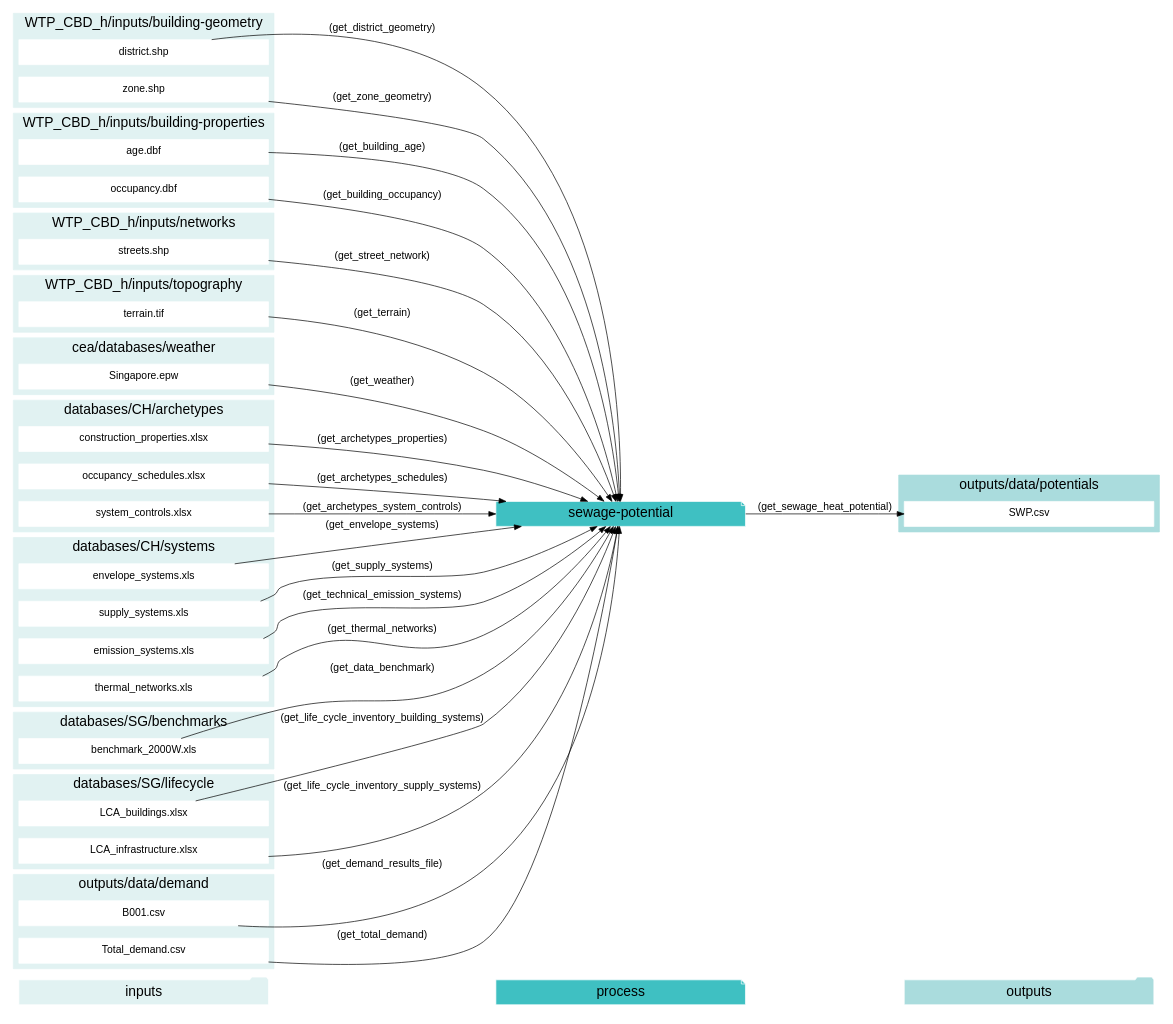
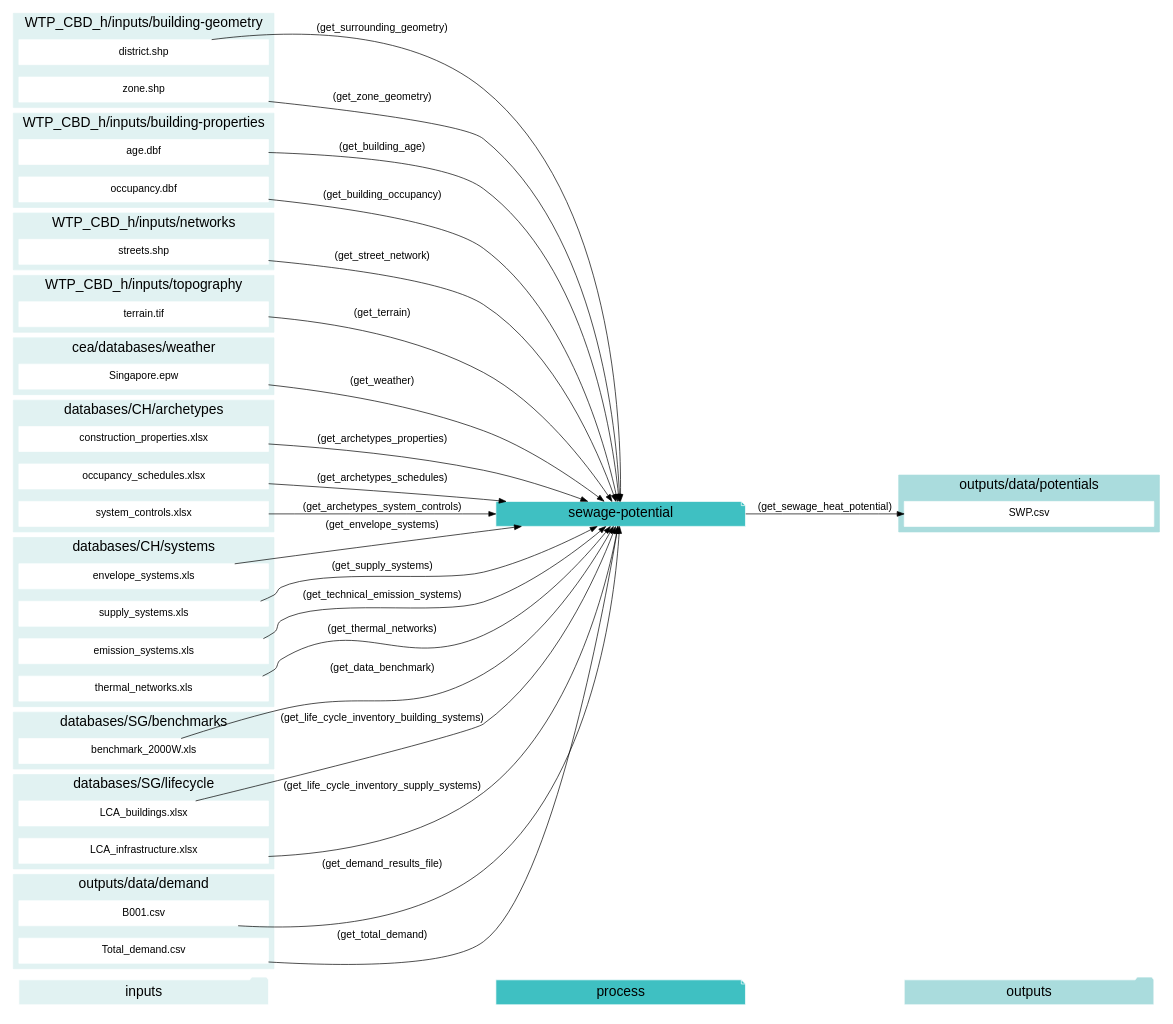
Before and after one commit to architecture-building-systems/CityEnergyAnalyst: the first of 12 diagrams in docs/script-data-flow.rst, drawn with Graphviz. The commit also changed other lines of this file and 9 other files, not shown here.

```diff
--- a/docs/script-data-flow.rst
+++ b/docs/script-data-flow.rst
@@ -132,7 +132,7 @@
     "occupancy.dbf" -> "sewage-potential"[label="(get_building_occupancy)"]
     "benchmark_2000W.xls" -> "sewage-potential"[label="(get_data_benchmark)"]
     "B001.csv" -> "sewage-potential"[label="(get_demand_results_file)"]
-    "district.shp" -> "sewage-potential"[label="(get_district_geometry)"]
+    "district.shp" -> "sewage-potential"[label="(get_surrounding_geometry)"]
     "envelope_systems.xls" -> "sewage-potential"[label="(get_envelope_systems)"]
     "LCA_buildings.xlsx" -> "sewage-potential"[label="(get_life_cycle_inventory_building_systems)"]
     "LCA_infrastructure.xlsx" -> "sewage-potential"[label="(get_life_cycle_inventory_supply_systems)"]
```
